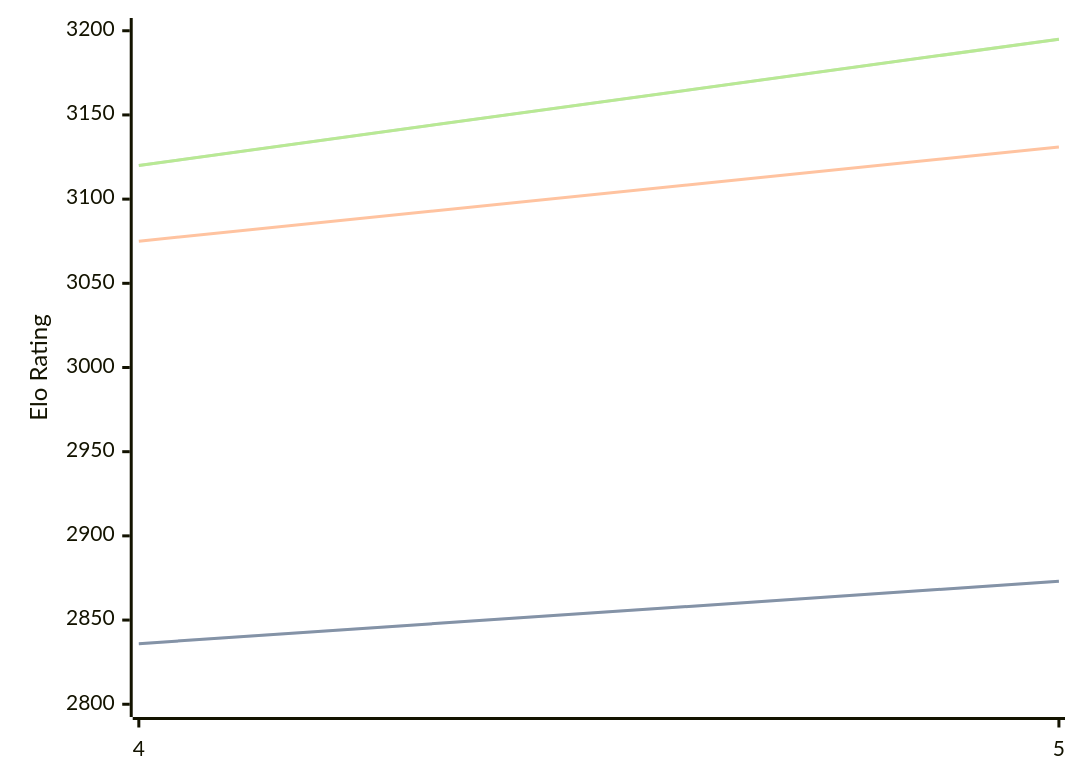
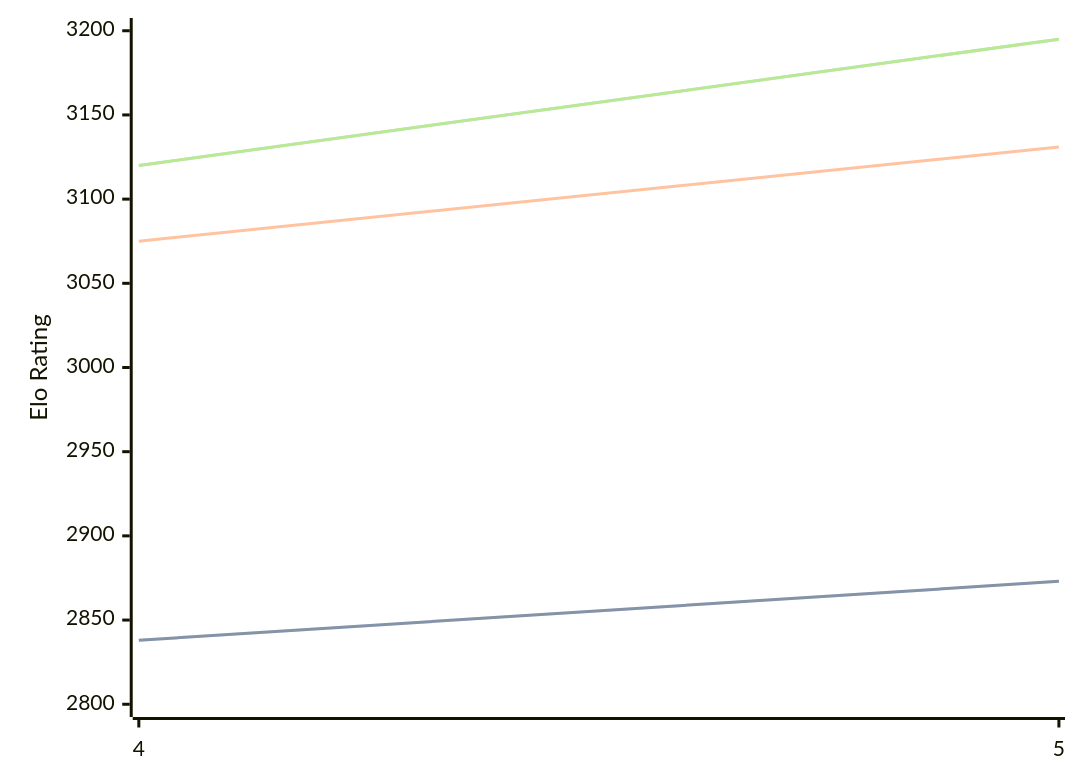
The diagram in engines/Cwtch.md (computer-chess-index/cci), drawn with Mermaid before and after one commit. The commit also changed other lines of this file, not shown here.

````diff
--- a/engines/Cwtch.md
+++ b/engines/Cwtch.md
@@ -34,11 +34,11 @@
 ```mermaid
 %%{init: {"theme":"base","themeVariables":{"seriesColors:['#a3a3a3','#222221','#faa371']}}}%%
 xychart-beta
   x-axis ["4", "5"]
   y-axis "Elo Rating" 2800 --> 3200
-  line "STC (8.0+0.08s)" [2836, 2873]
-  line "STC (8.0+0.08s)" [2836, 2873]
+  line "STC (8.0+0.08s)" [2838, 2873]
+  line "STC (8.0+0.08s)" [2838, 2873]
   line "LTC (60.0+0.60s)" [3075, 3131]
   line "VLTC (2m24s+1.12s)" [3120, 3195]
   line "VLTC (2m24s+1.12s)" [3120, 3195]
 ```
````
